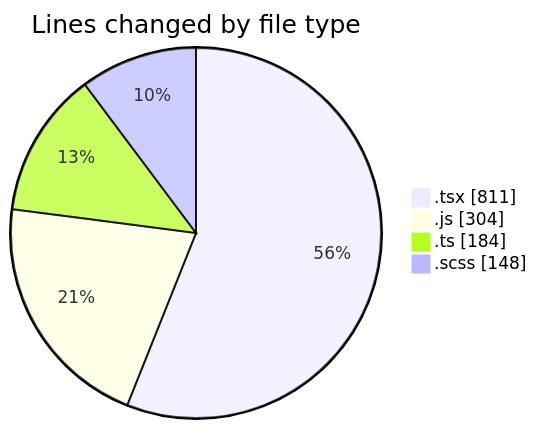
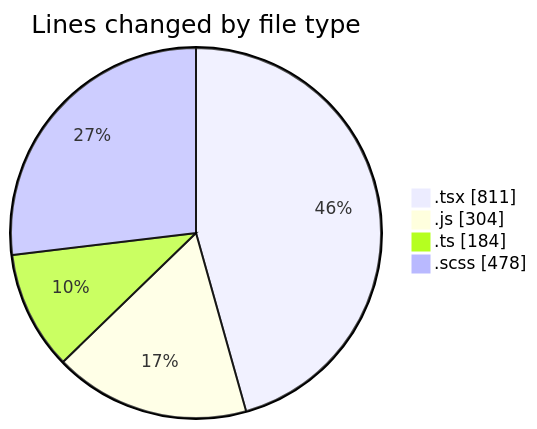
The first of 2 diagrams in 2025-02-26/cda/README.md (momahboobian/code-tracking), drawn with Mermaid before and after one commit. The commit also changed other lines of this file and 1 other file, not shown here.

````diff
--- a/2025-02-26/cda/README.md
+++ b/2025-02-26/cda/README.md
@@ -37,8 +37,8 @@
 ```mermaid
 pie showData
 title Lines changed by file type
 ".tsx" : 811
 ".js" : 304
 ".ts" : 184
-".scss" : 148
+".scss" : 478
 ```
````
